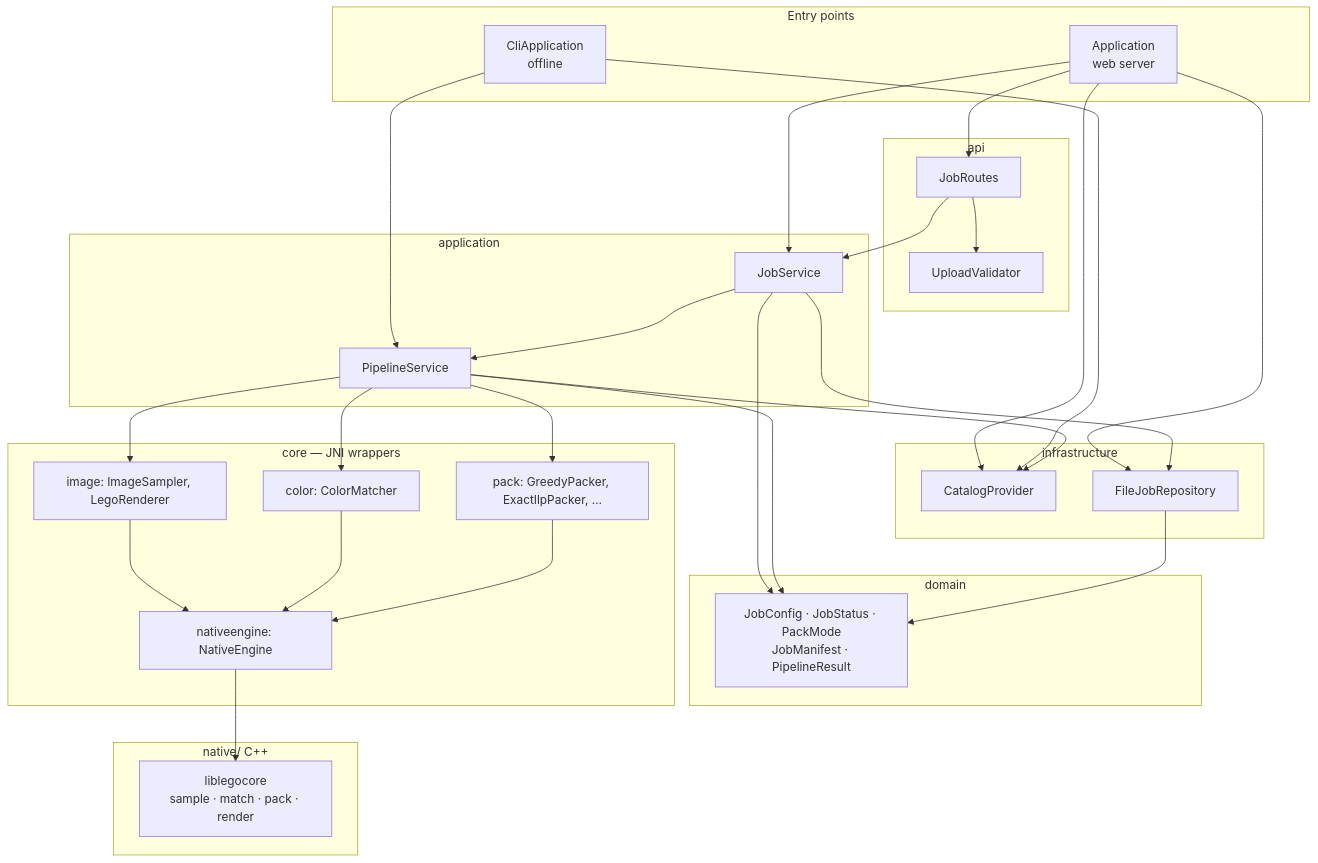
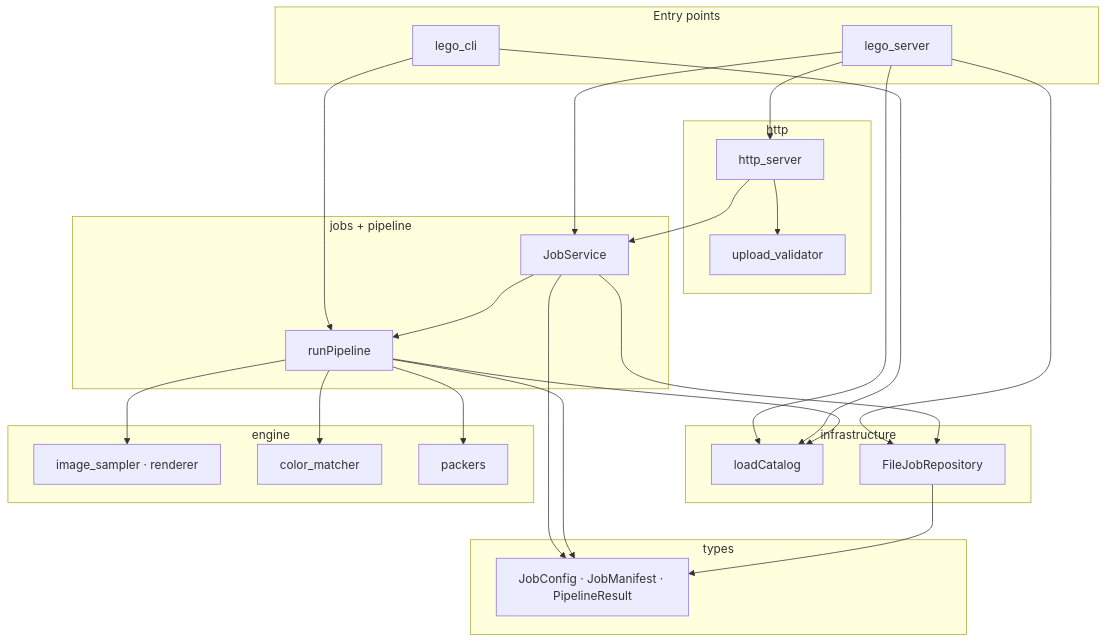
The third of 7 diagrams in ARCHITECTURE.md (WesJennings/LegoPictureGenerator), drawn with Mermaid before and after one commit. The commit also changed other lines of this file and 93 other files, not shown here.

First line of the commit message:
Replace Java host with C++ HTTP server, jobs, and CLI

````diff
--- a/ARCHITECTURE.md
+++ b/ARCHITECTURE.md
@@ -69,59 +67,50 @@
 ```mermaid
 flowchart TB
   subgraph entry["Entry points"]
-    App["Application<br/>web server"]
-    Cli["CliApplication<br/>offline"]
+    App["lego_server"]
+    Cli["lego_cli"]
   end
 
-  subgraph api_layer["api"]
-    Routes["JobRoutes"]
-    Upload["UploadValidator"]
+  subgraph api_layer["http"]
+    Routes["http_server"]
+    Upload["upload_validator"]
   end
 
-  subgraph app_layer["application"]
+  subgraph app_layer["jobs + pipeline"]
     JobSvc["JobService"]
-    PipeSvc["PipelineService"]
+    PipeSvc["runPipeline"]
   end
 
   subgraph infra["infrastructure"]
-    Catalog["CatalogProvider"]
+    Catalog["loadCatalog"]
     Repo["FileJobRepository"]
   end
 
-  subgraph domain_layer["domain"]
-    Types["JobConfig · JobStatus · PackMode<br/>JobManifest · PipelineResult"]
+  subgraph domain_layer["types"]
+    Types["JobConfig · JobManifest · PipelineResult"]
   end
 
-  subgraph core_layer["core — JNI wrappers"]
-    Image["image: ImageSampler, LegoRenderer"]
-    Color["color: ColorMatcher"]
-    Pack["pack: GreedyPacker, ExactIlpPacker, …"]
-    Native["nativeengine: NativeEngine"]
-  end
-
-  subgraph cpp["native/ C++"]
-    Cpp["liblegocore<br/>sample · match · pack · render"]
+  subgraph engine["engine"]
+    Image["image_sampler · renderer"]
+    Color["color_matcher"]
+    Pack["packers"]
   end
 
   App --> Routes
   App --> JobSvc
   App --> Catalog
   App --> Repo
   Cli --> PipeSvc
   Cli --> Catalog
   Routes --> JobSvc
   Routes --> Upload
   JobSvc --> PipeSvc
   JobSvc --> Repo
   PipeSvc --> Catalog
   PipeSvc --> Image
   PipeSvc --> Color
   PipeSvc --> Pack
-  Image --> Native
-  Color --> Native
-  Pack --> Native
-  Native --> Cpp
   JobSvc --> Types
   PipeSvc --> Types
   Repo --> Types
 ```
````
